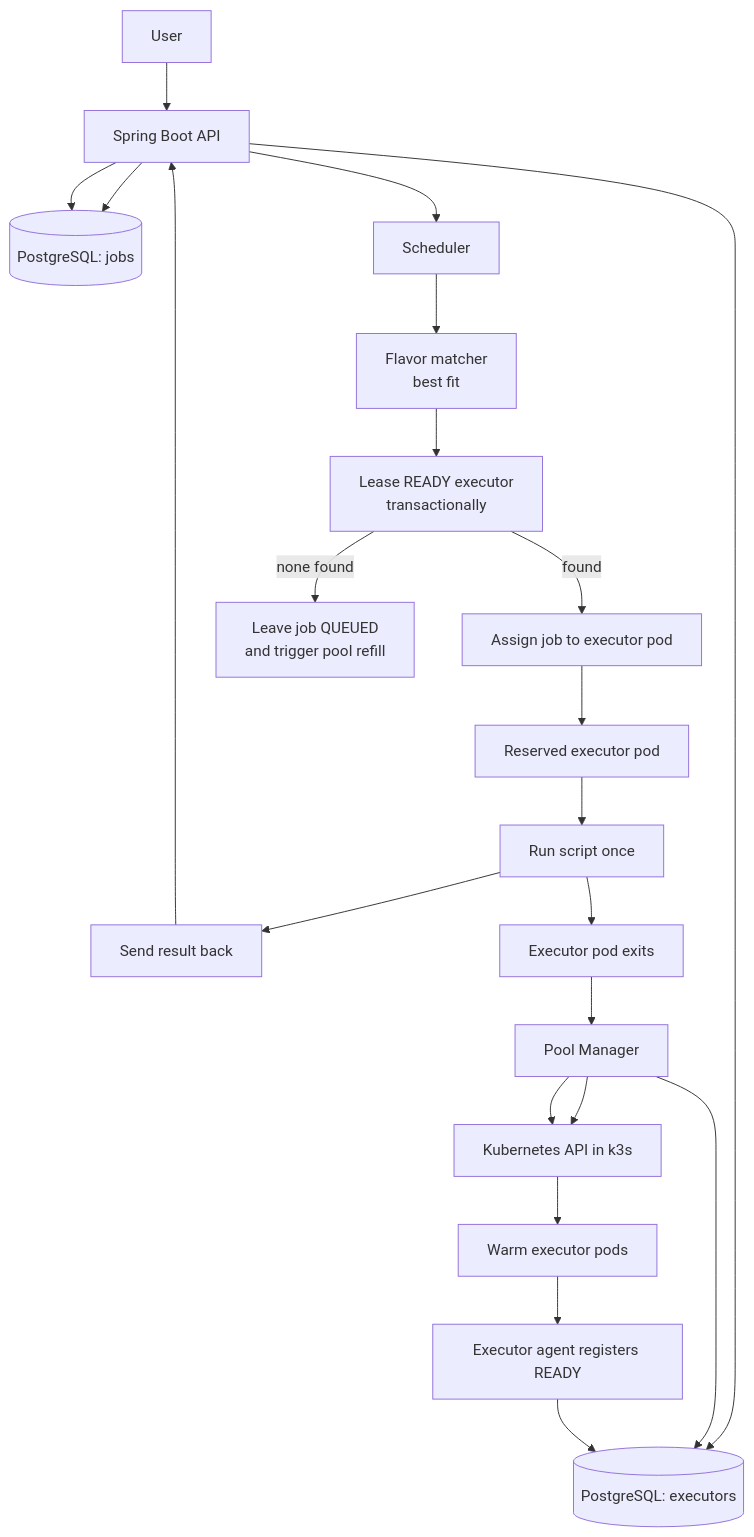
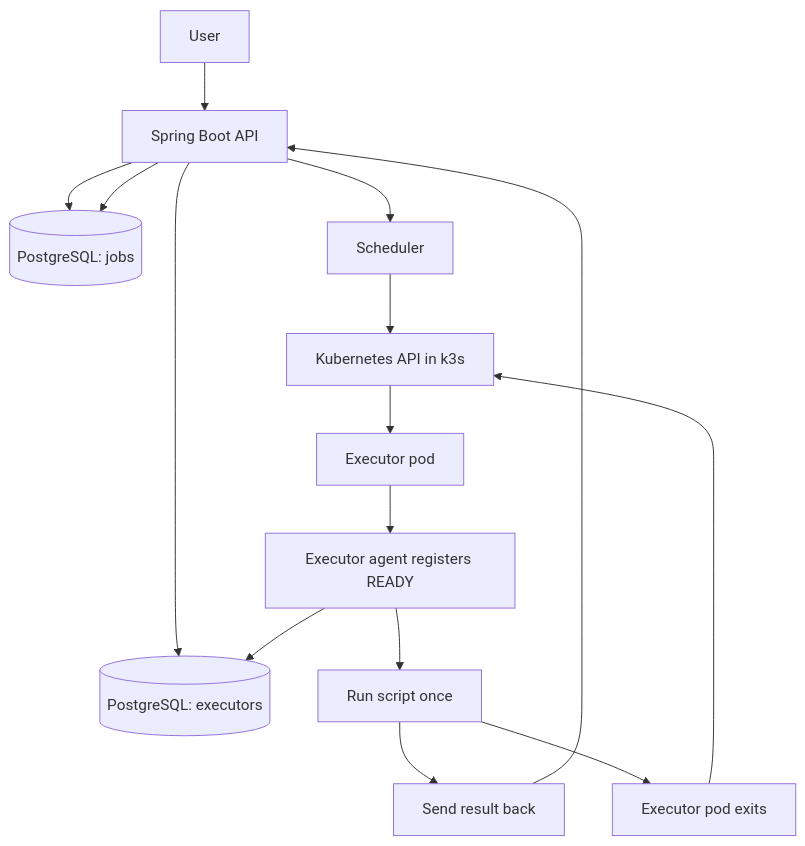
The diagram in README.md (def4alt/executor), drawn with Mermaid before and after one commit. The commit also changed other lines of this file and 41 other files, not shown here.

First line of the commit message:
refactor: simplify executor job flow

````diff
--- a/README.md
+++ b/README.md
@@ -17,30 +11,21 @@
 ```mermaid
 flowchart TD
     U[User] --> API[Spring Boot API]
     API --> J[(PostgreSQL: jobs)]
     API --> E[(PostgreSQL: executors)]
     API --> Q[Scheduler]
 
-    Q --> M[Flavor matcher<br/>best fit]
-    M --> L[Lease READY executor<br/>transactionally]
-
-    L -->|found| X[Assign job to executor pod]
-    L -->|none found| P[Leave job QUEUED<br/>and trigger pool refill]
-
-    PM[Pool Manager] --> E
-    PM --> K8S[Kubernetes API in k3s]
-    K8S --> PODS[Warm executor pods]
+    Q --> K8S[Kubernetes API in k3s]
+    K8S --> PODS[Executor pod]
 
     PODS --> REG[Executor agent registers READY]
     REG --> E
 
-    X --> POD[Reserved executor pod]
-    POD --> RUN[Run script once]
+    REG --> RUN[Run script once]
     RUN --> RES[Send result back]
     RES --> API
 
     API --> J
     RUN --> EXIT[Executor pod exits]
-    EXIT --> PM
-    PM --> K8S
+    EXIT --> K8S
 ```
````
